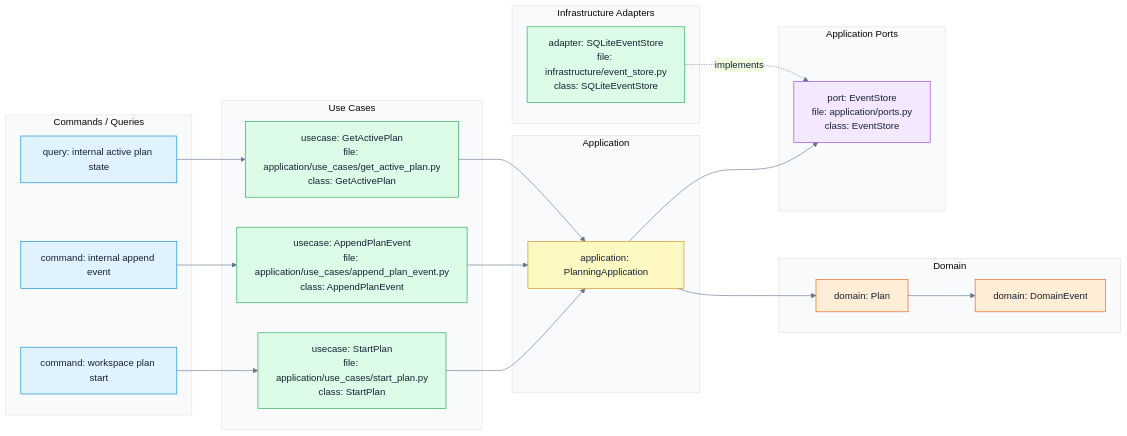
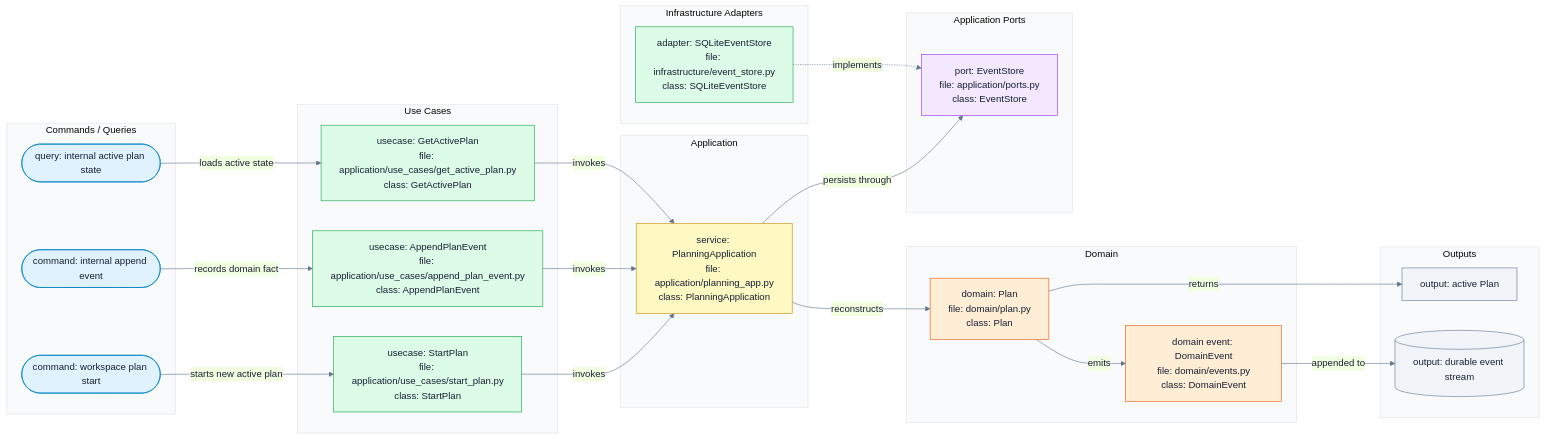
One commit to 9orky/enclosure changed the first of 3 diagrams in .enclosure/plans/planning-workflow/epics/event-sourced-core/SCHEMAS.md. Above: the diagram before and after it, drawn with Mermaid. The commit also changed other lines of this file and 30 other files, not shown here.

````diff
--- a/.enclosure/plans/planning-workflow/epics/event-sourced-core/SCHEMAS.md
+++ b/.enclosure/plans/planning-workflow/epics/event-sourced-core/SCHEMAS.md
@@ -7,57 +7,66 @@
 ```mermaid
 %% contract: use_cases
 %%{init: {"theme": "base", "themeVariables": {"primaryColor": "#e0f2fe", "primaryTextColor": "#172033", "primaryBorderColor": "#0284c7", "lineColor": "#64748b", "tertiaryColor": "#f8fafc"}}}%%
 flowchart LR
     subgraph commands["Commands / Queries"]
-      cmd_start["command: workspace plan start"]
-      cmd_append["command: internal append event"]
-      cmd_get["query: internal active plan state"]
+      cmd_start(["command: workspace plan start"])
+      cmd_append(["command: internal append event"])
+      cmd_get(["query: internal active plan state"])
     end
 
     subgraph use_cases["Use Cases"]
       uc_start["usecase: StartPlan\nfile: application/use_cases/start_plan.py\nclass: StartPlan"]
       uc_append["usecase: AppendPlanEvent\nfile: application/use_cases/append_plan_event.py\nclass: AppendPlanEvent"]
       uc_get["usecase: GetActivePlan\nfile: application/use_cases/get_active_plan.py\nclass: GetActivePlan"]
     end
 
     subgraph app_layer["Application"]
-      app["application: PlanningApplication"]
+      app["service: PlanningApplication\nfile: application/planning_app.py\nclass: PlanningApplication"]
     end
 
     subgraph domain_layer["Domain"]
-      aggregate["domain: Plan"]
-      events["domain: DomainEvent"]
+      aggregate["domain: Plan\nfile: domain/plan.py\nclass: Plan"]
+      events["domain event: DomainEvent\nfile: domain/events.py\nclass: DomainEvent"]
     end
 
     subgraph ports["Application Ports"]
       store["port: EventStore\nfile: application/ports.py\nclass: EventStore"]
     end
 
     subgraph adapters["Infrastructure Adapters"]
       sqlite_store["adapter: SQLiteEventStore\nfile: infrastructure/event_store.py\nclass: SQLiteEventStore"]
     end
 
-    cmd_start --> uc_start
-    cmd_append --> uc_append
-    cmd_get --> uc_get
-    uc_start --> app
-    uc_append --> app
-    uc_get --> app
-    app --> aggregate
-    aggregate --> events
-    app --> store
+    subgraph outputs["Outputs"]
+      active_plan["output: active Plan"]
+      stored_events[("output: durable event stream")]
+    end
+
+    cmd_start -->|starts new active plan| uc_start
+    cmd_append -->|records domain fact| uc_append
+    cmd_get -->|loads active state| uc_get
+    uc_start -->|invokes| app
+    uc_append -->|invokes| app
+    uc_get -->|invokes| app
+    app -->|reconstructs| aggregate
+    aggregate -->|emits| events
+    app -->|persists through| store
     sqlite_store -. implements .-> store
+    aggregate -->|returns| active_plan
+    events -->|appended to| stored_events
 
     classDef command fill:#e0f2fe,stroke:#0284c7,color:#172033;
     classDef usecase fill:#dcfce7,stroke:#16a34a,color:#172033;
     classDef app fill:#fef9c3,stroke:#ca8a04,color:#172033;
     classDef domain fill:#ffedd5,stroke:#ea580c,color:#172033;
     classDef port fill:#f3e8ff,stroke:#9333ea,color:#172033;
     classDef adapter fill:#dcfce7,stroke:#16a34a,color:#172033;
+    classDef output fill:#f1f5f9,stroke:#64748b,color:#172033;
     class cmd_start,cmd_append,cmd_get command;
     class uc_start,uc_append,uc_get usecase;
     class app app;
     class aggregate,events domain;
     class store port;
     class sqlite_store adapter;
+    class active_plan,stored_events output;
 ```
````
